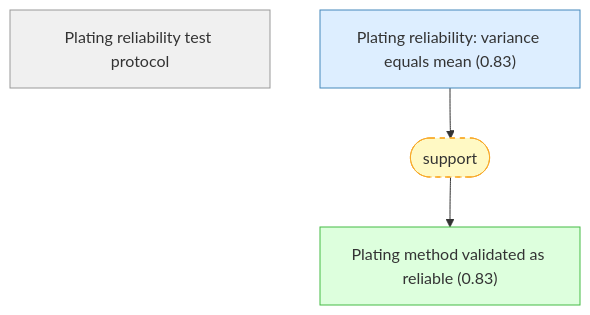
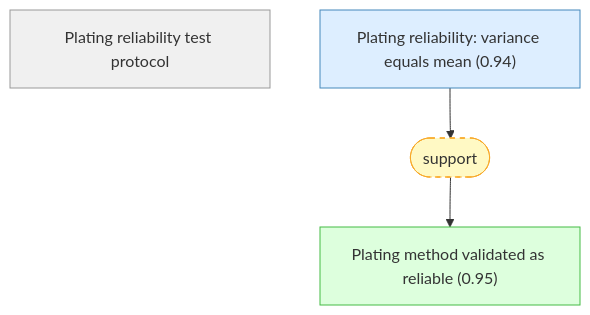
The third of 6 diagrams in docs/detailed-reasoning.md (kunyuan/luria-delbruck-fluctuation-gaia), drawn with Mermaid before and after one commit. The commit also changed other lines of this file and 1 other file, not shown here.

````diff
--- a/docs/detailed-reasoning.md
+++ b/docs/detailed-reasoning.md
@@ -190,19 +190,19 @@
 ```mermaid
 graph TD
     plating_protocol["Plating reliability test protocol"]:::setting
-    plating_variance_equals_mean["Plating reliability: variance equals mean (0.83)"]:::premise
-    plating_method_reliable["Plating method validated as reliable (0.83)"]:::derived
+    plating_variance_equals_mean["Plating reliability: variance equals mean (0.94)"]:::premise
+    plating_method_reliable["Plating method validated as reliable (0.95)"]:::derived
     strat_0(["support"]):::weak
     plating_variance_equals_mean --> strat_0
     strat_0 --> plating_method_reliable
 
     classDef setting fill:#f0f0f0,stroke:#999,color:#333
     classDef premise fill:#ddeeff,stroke:#4488bb,color:#333
     classDef derived fill:#ddffdd,stroke:#44bb44,color:#333
     classDef question fill:#fff3dd,stroke:#cc9944,color:#333
     classDef background fill:#f5f5f5,stroke:#bbb,stroke-dasharray: 5 5,color:#333
     classDef orphan fill:#fff,stroke:#ccc,stroke-dasharray: 5 5,color:#333
     classDef external fill:#fff,stroke:#aaa,stroke-dasharray: 3 3,color:#333
     classDef weak fill:#fff9c4,stroke:#f9a825,stroke-dasharray: 5 5,color:#333
     classDef contra fill:#ffebee,stroke:#c62828,color:#333
 ```
````
